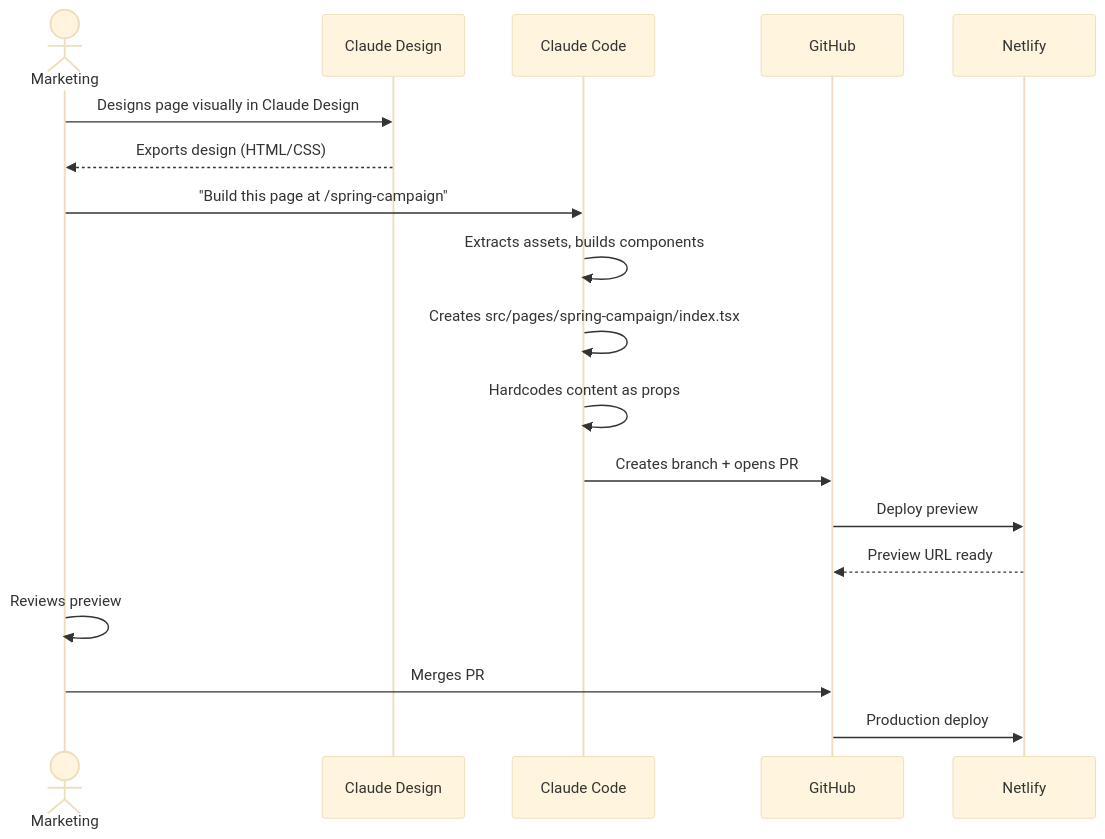
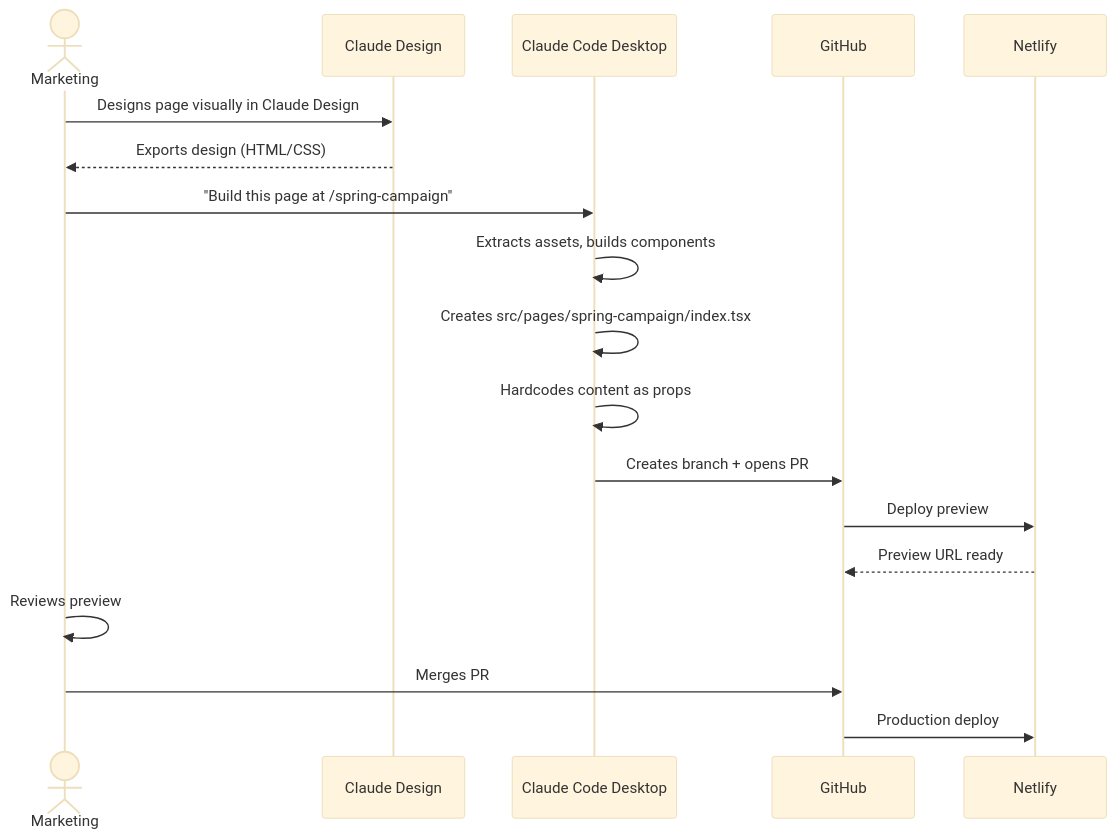
The fourth of 13 diagrams in docs/proposal-remove-contentful.md (phil-inc/phil-us-contentful), drawn with Mermaid (base theme) before and after one commit. The commit also changed other lines of this file, not shown here.

First line of the commit message:
docs: consistently reference Claude Design + Claude Code Desktop together

````diff
--- a/docs/proposal-remove-contentful.md
+++ b/docs/proposal-remove-contentful.md
@@ -83,21 +87,21 @@
 ```mermaid
 sequenceDiagram
     actor Marketing
     participant CD as Claude Design
-    participant CC as Claude Code
+    participant CC as Claude Code Desktop
     participant GH as GitHub
     participant NF as Netlify
 
     Marketing->>CD: Designs page visually in Claude Design
     CD-->>Marketing: Exports design (HTML/CSS)
     Marketing->>CC: "Build this page at /spring-campaign"
     CC->>CC: Extracts assets, builds components
     CC->>CC: Creates src/pages/spring-campaign/index.tsx
     CC->>CC: Hardcodes content as props
     CC->>GH: Creates branch + opens PR
     GH->>NF: Deploy preview
     NF-->>GH: Preview URL ready
     Marketing->>Marketing: Reviews preview
     Marketing->>GH: Merges PR
     GH->>NF: Production deploy
 ```
````
